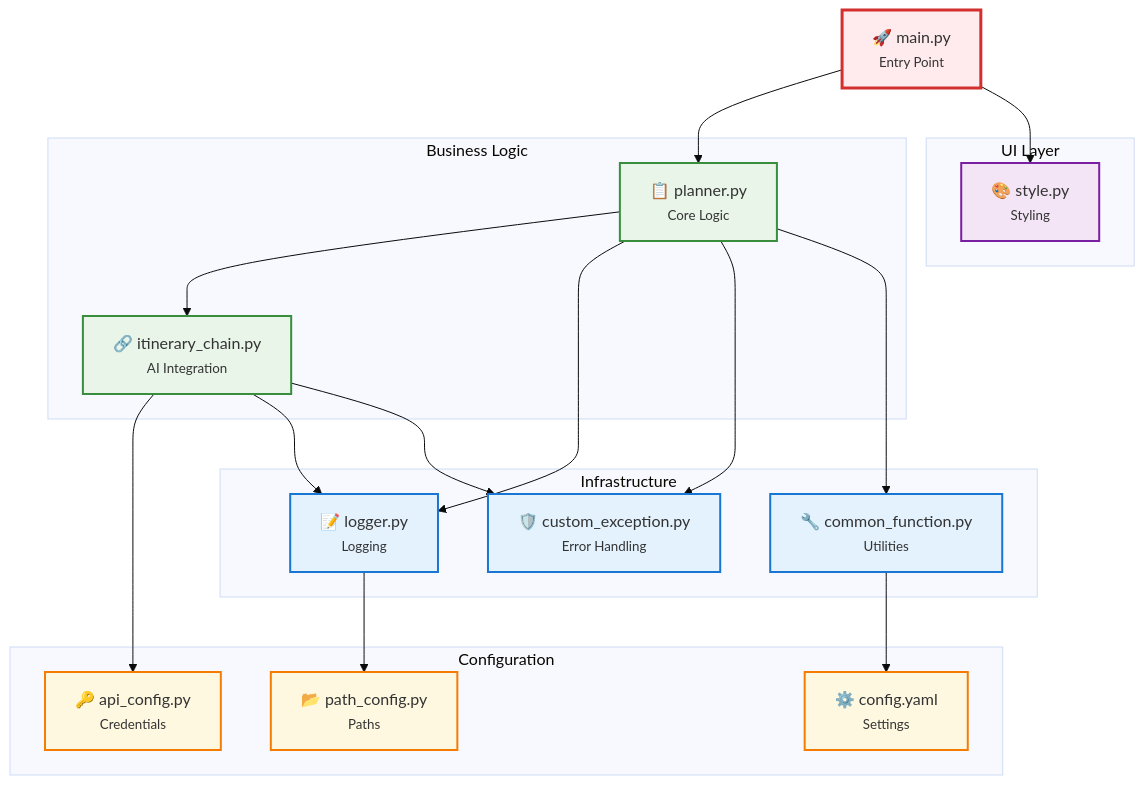
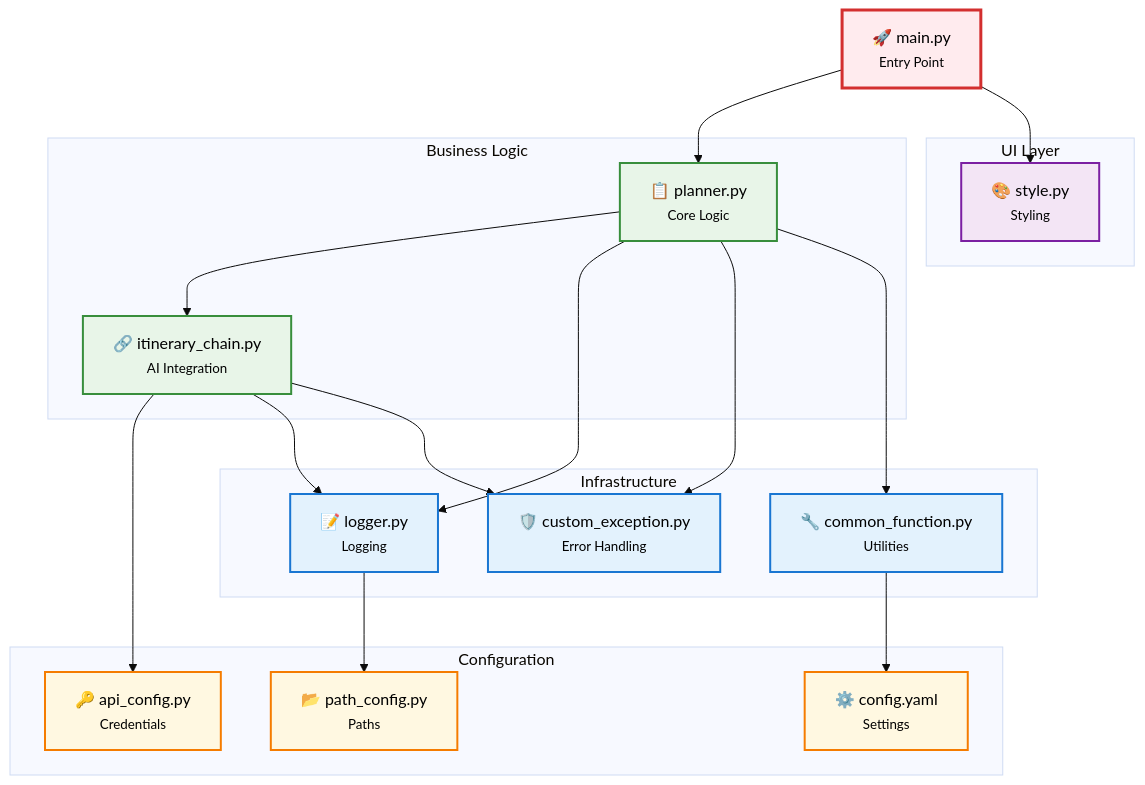
Before and after one commit to neerajprasad209/LLM-POWERED-TRAVELL_PLANNER: the fifth of 9 diagrams in HLD_Document.md, drawn with Mermaid (base theme). The commit also changed other lines of this file, not shown here.

````diff
--- a/HLD_Document.md
+++ b/HLD_Document.md
@@ -314,49 +326,49 @@
 ```mermaid
 graph TB
     MAIN["🚀 main.py<br/><small>Entry Point</small>"]
     
     subgraph "Business Logic"
         PLANNER["📋 planner.py<br/><small>Core Logic</small>"]
         CHAIN["🔗 itinerary_chain.py<br/><small>AI Integration</small>"]
     end
     
     subgraph "Infrastructure"
         LOGGER["📝 logger.py<br/><small>Logging</small>"]
         EXCEPTION["🛡️ custom_exception.py<br/><small>Error Handling</small>"]
         COMMON["🔧 common_function.py<br/><small>Utilities</small>"]
     end
     
     subgraph "Configuration"
         CONFIG["⚙️ config.yaml<br/><small>Settings</small>"]
         API["🔑 api_config.py<br/><small>Credentials</small>"]
         PATH["📂 path_config.py<br/><small>Paths</small>"]
     end
     
     subgraph "UI Layer"
         STYLE["🎨 style.py<br/><small>Styling</small>"]
     end
     
     MAIN --> PLANNER
     MAIN --> STYLE
     PLANNER --> CHAIN
     PLANNER --> LOGGER
     PLANNER --> EXCEPTION
     PLANNER --> COMMON
     CHAIN --> API
     CHAIN --> LOGGER
     CHAIN --> EXCEPTION
     COMMON --> CONFIG
     LOGGER --> PATH
     
-    classDef entry fill:#ffebee,stroke:#d32f2f,stroke-width:3px
-    classDef business fill:#e8f5e8,stroke:#388e3c,stroke-width:2px
-    classDef infra fill:#e3f2fd,stroke:#1976d2,stroke-width:2px
-    classDef config fill:#fff8e1,stroke:#f57c00,stroke-width:2px
-    classDef ui fill:#f3e5f5,stroke:#7b1fa2,stroke-width:2px
+    classDef entry fill:#ffebee,stroke:#d32f2f,stroke-width:3px,color:#000000
+    classDef business fill:#e8f5e8,stroke:#388e3c,stroke-width:2px,color:#000000
+    classDef infra fill:#e3f2fd,stroke:#1976d2,stroke-width:2px,color:#000000
+    classDef config fill:#fff8e1,stroke:#f57c00,stroke-width:2px,color:#000000
+    classDef ui fill:#f3e5f5,stroke:#7b1fa2,stroke-width:2px,color:#000000
     
     class MAIN entry
     class PLANNER,CHAIN business
     class LOGGER,EXCEPTION,COMMON infra
     class CONFIG,API,PATH config
     class STYLE ui
 ```
````
